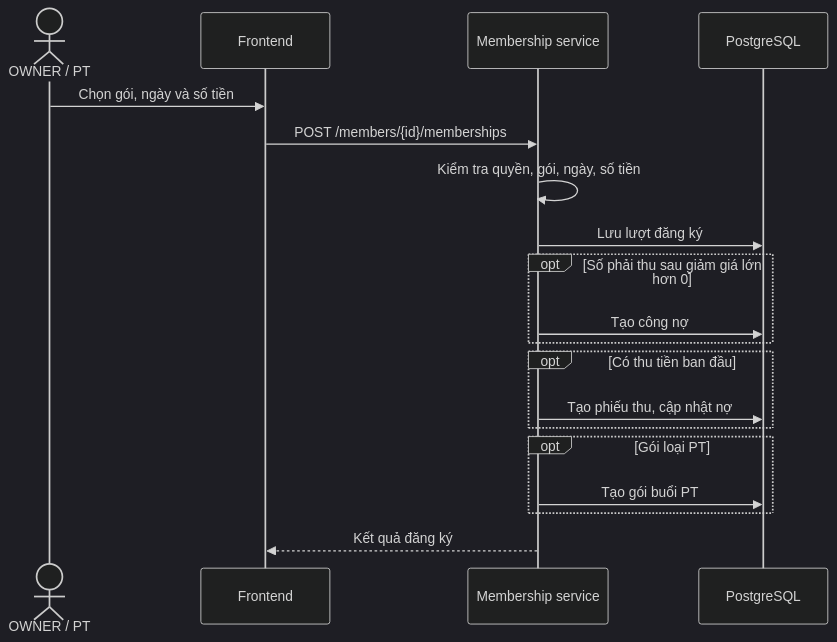
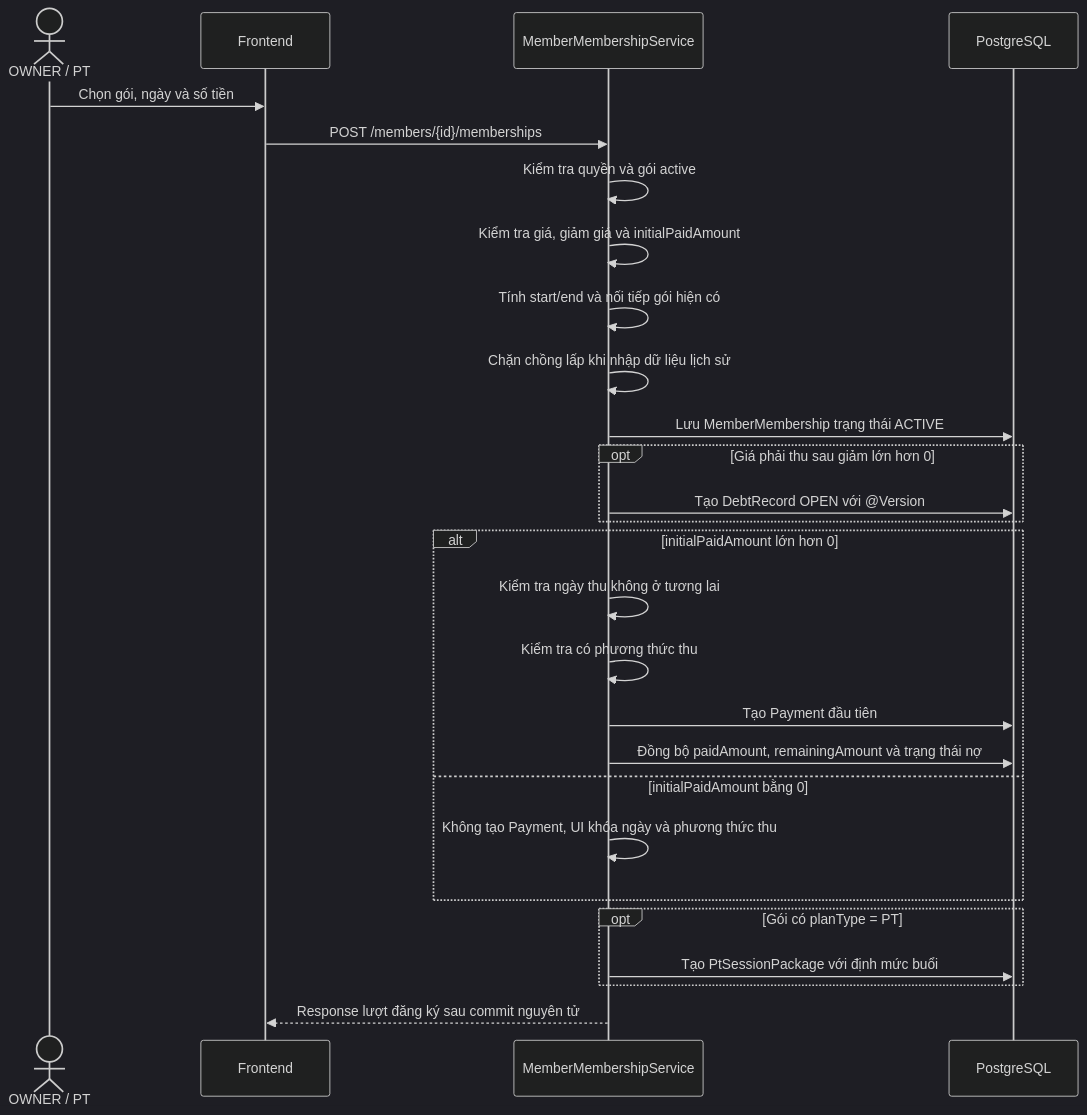
One commit to doanthetin193/gym-management-system changed the eighth of 14 diagrams in internship/final_report/bao-cao-tong-ket-do-an.md. Above: the diagram before and after it, drawn with Mermaid (dark theme). The commit also changed other lines of this file and 55 other files, not shown here.

````diff
--- a/internship/final_report/bao-cao-tong-ket-do-an.md
+++ b/internship/final_report/bao-cao-tong-ket-do-an.md
@@ -501,21 +797,30 @@
 ```mermaid
 sequenceDiagram
     actor Staff as OWNER / PT
     participant UI as Frontend
-    participant S as Membership service
+    participant Service as MemberMembershipService
     participant DB as PostgreSQL
+
     Staff->>UI: Chọn gói, ngày và số tiền
-    UI->>S: POST /members/{id}/memberships
-    S->>S: Kiểm tra quyền, gói, ngày, số tiền
-    S->>DB: Lưu lượt đăng ký
-    opt Số phải thu sau giảm giá lớn hơn 0
-        S->>DB: Tạo công nợ
+    UI->>Service: POST /members/{id}/memberships
+    Service->>Service: Kiểm tra quyền và gói active
+    Service->>Service: Kiểm tra giá, giảm giá và initialPaidAmount
+    Service->>Service: Tính start/end và nối tiếp gói hiện có
+    Service->>Service: Chặn chồng lấp khi nhập dữ liệu lịch sử
+    Service->>DB: Lưu MemberMembership trạng thái ACTIVE
+    opt Giá phải thu sau giảm lớn hơn 0
+        Service->>DB: Tạo DebtRecord OPEN với @Version
     end
-    opt Có thu tiền ban đầu
-        S->>DB: Tạo phiếu thu, cập nhật nợ
+    alt initialPaidAmount lớn hơn 0
+        Service->>Service: Kiểm tra ngày thu không ở tương lai
+        Service->>Service: Kiểm tra có phương thức thu
+        Service->>DB: Tạo Payment đầu tiên
+        Service->>DB: Đồng bộ paidAmount, remainingAmount và trạng thái nợ
+    else initialPaidAmount bằng 0
+        Service->>Service: Không tạo Payment, UI khóa ngày và phương thức thu
     end
-    opt Gói loại PT
-        S->>DB: Tạo gói buổi PT
+    opt Gói có planType = PT
+        Service->>DB: Tạo PtSessionPackage với định mức buổi
     end
-    S-->>UI: Kết quả đăng ký
+    Service-->>UI: Response lượt đăng ký sau commit nguyên tử
 ```
````
